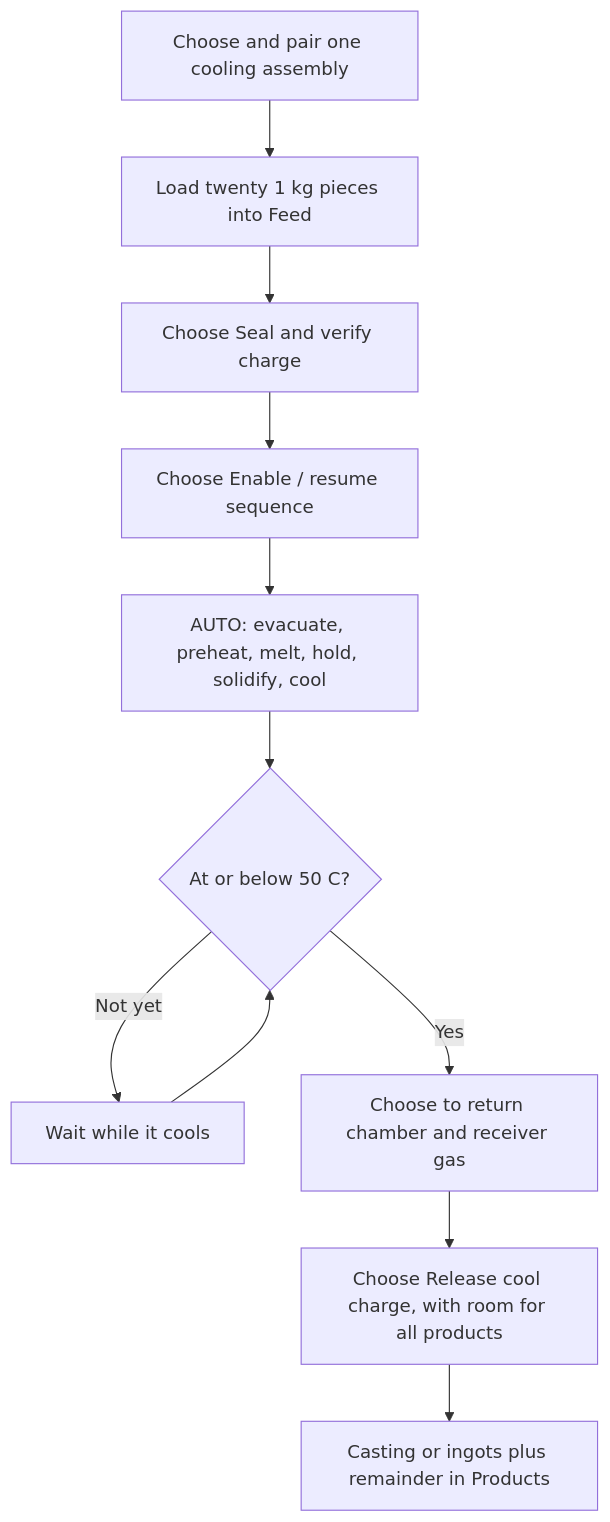
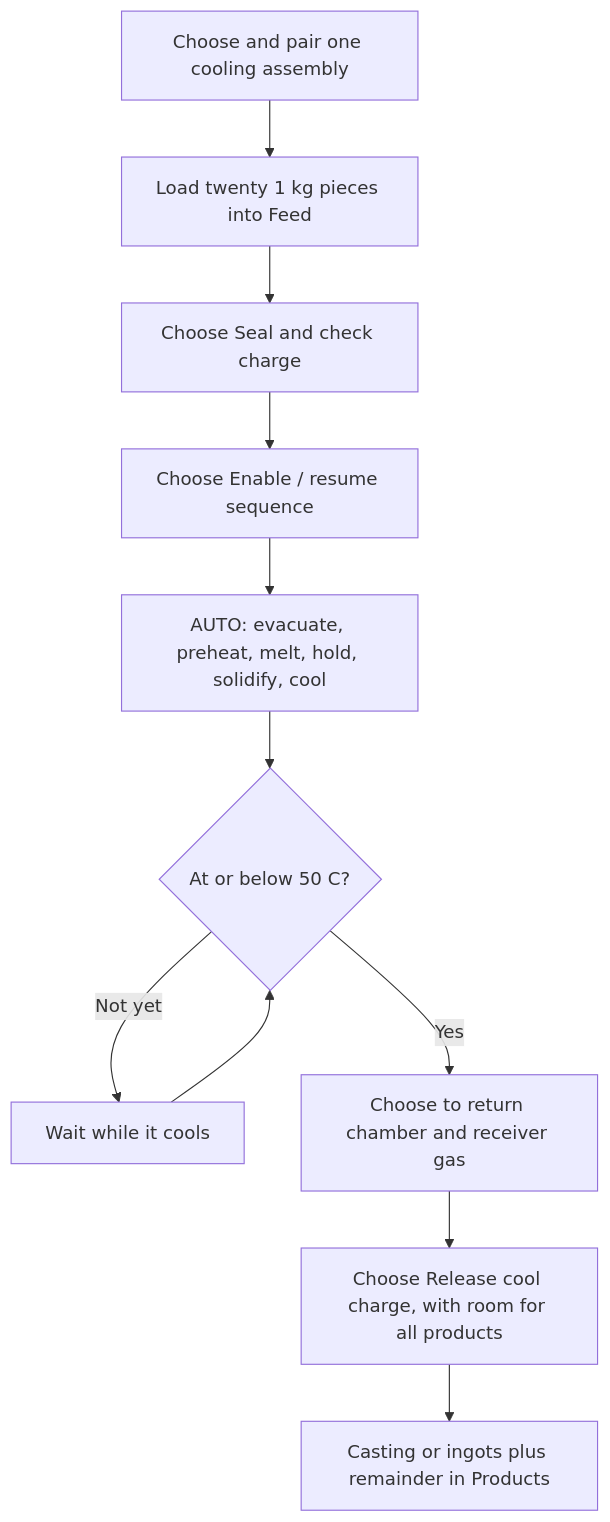
The diagram in docs/furnace-player-guide.md (phobos-dthorga/phobos-ostranauts), drawn with Mermaid before and after one commit. The commit also changed other lines of this file and 46 other files, not shown here.

````diff
--- a/docs/furnace-player-guide.md
+++ b/docs/furnace-player-guide.md
@@ -158,13 +158,13 @@
 ```mermaid
 flowchart TD
     Pair["Choose and pair one cooling assembly"] --> Load["Load twenty 1 kg pieces into Feed"]
-    Load --> Seal["Choose Seal and verify charge"]
+    Load --> Seal["Choose Seal and check charge"]
     Seal --> Run["Choose Enable / resume sequence"]
     Run --> Auto["AUTO: evacuate, preheat, melt, hold, solidify, cool"]
     Auto --> Cool{"At or below 50 C?"}
     Cool -->|Not yet| Wait["Wait while it cools"]
     Wait --> Cool
     Cool -->|Yes| Gas["Choose to return chamber and receiver gas"]
     Gas --> Release["Choose Release cool charge, with room for all products"]
     Release --> Products["Casting or ingots plus remainder in Products"]
 ```
````
